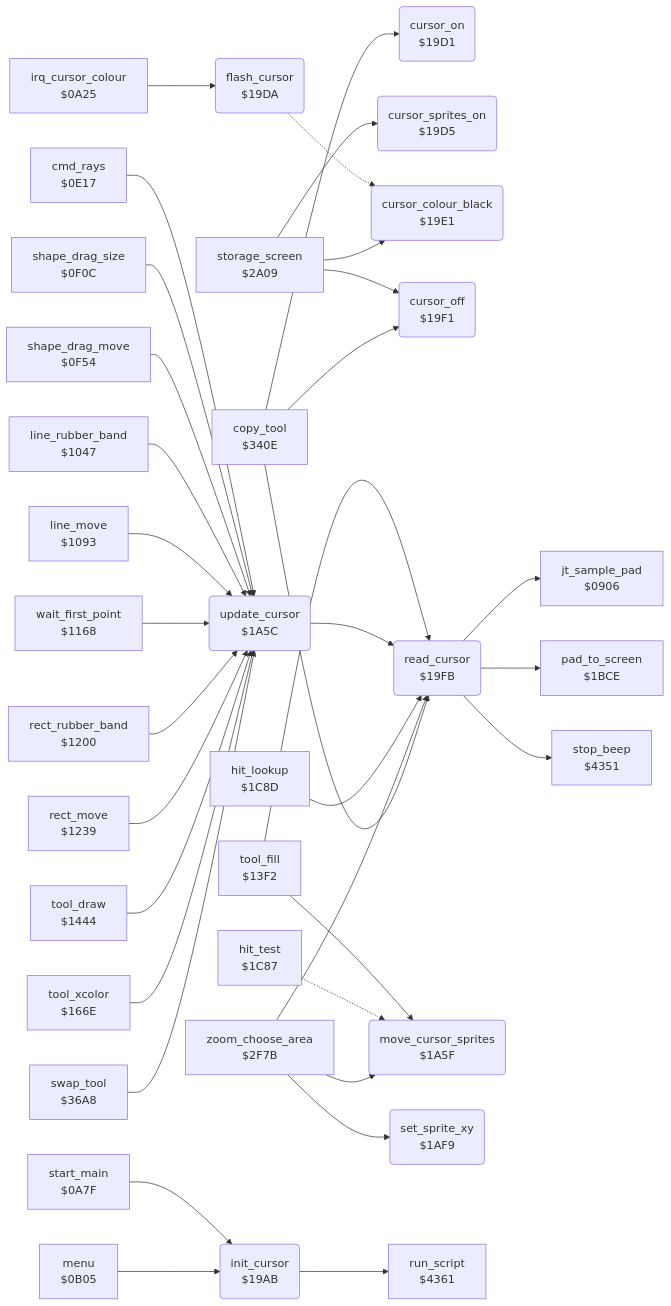
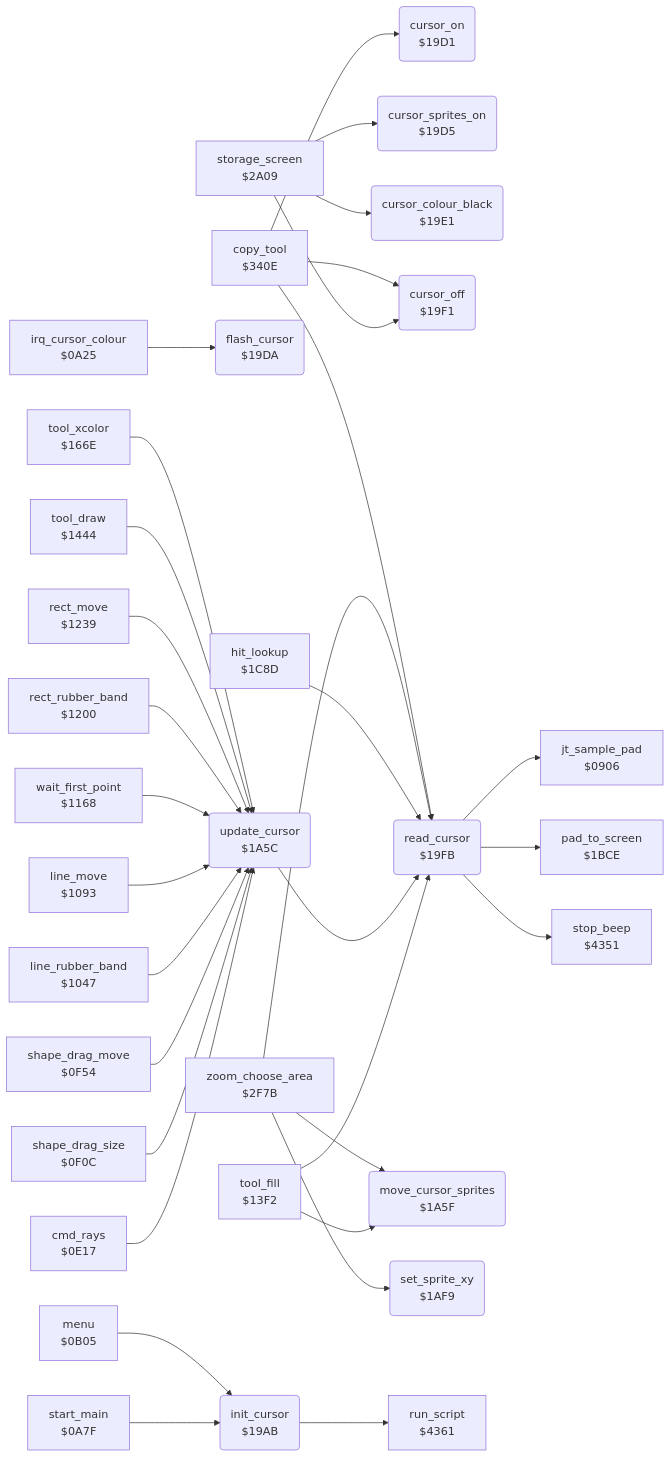
Before and after one commit to henols/c64_games: the diagram in koala_painter/v2/docs/reference/modules/input/cursor.md, drawn with Mermaid. The commit also changed other lines of this file and 1100 other files, not shown here.

````diff
--- a/koala_painter/v2/docs/reference/modules/input/cursor.md
+++ b/koala_painter/v2/docs/reference/modules/input/cursor.md
@@ -10,70 +27,65 @@
 ```mermaid
 flowchart LR
   n0906["jt_sample_pad<br/>$0906"]
   n0a25["irq_cursor_colour<br/>$0A25"]
   n0a7f["start_main<br/>$0A7F"]
   n0b05["menu<br/>$0B05"]
   n0e17["cmd_rays<br/>$0E17"]
   n0f0c["shape_drag_size<br/>$0F0C"]
   n0f54["shape_drag_move<br/>$0F54"]
   n1047["line_rubber_band<br/>$1047"]
   n1093["line_move<br/>$1093"]
   n1168["wait_first_point<br/>$1168"]
   n1200["rect_rubber_band<br/>$1200"]
   n1239["rect_move<br/>$1239"]
   n13f2["tool_fill<br/>$13F2"]
   n1444["tool_draw<br/>$1444"]
   n166e["tool_xcolor<br/>$166E"]
   n19ab("init_cursor<br/>$19AB")
   n19d1("cursor_on<br/>$19D1")
   n19d5("cursor_sprites_on<br/>$19D5")
   n19da("flash_cursor<br/>$19DA")
   n19e1("cursor_colour_black<br/>$19E1")
   n19f1("cursor_off<br/>$19F1")
   n19fb("read_cursor<br/>$19FB")
   n1a5c("update_cursor<br/>$1A5C")
   n1a5f("move_cursor_sprites<br/>$1A5F")
   n1af9("set_sprite_xy<br/>$1AF9")
   n1bce["pad_to_screen<br/>$1BCE"]
-  n1c87["hit_test<br/>$1C87"]
   n1c8d["hit_lookup<br/>$1C8D"]
   n2a09["storage_screen<br/>$2A09"]
   n2f7b["zoom_choose_area<br/>$2F7B"]
   n340e["copy_tool<br/>$340E"]
-  n36a8["swap_tool<br/>$36A8"]
   n4351["stop_beep<br/>$4351"]
   n4361["run_script<br/>$4361"]
   n0a25 --> n19da
   n0a7f --> n19ab
   n0b05 --> n19ab
   n0e17 --> n1a5c
   n0f0c --> n1a5c
   n0f54 --> n1a5c
   n1047 --> n1a5c
   n1093 --> n1a5c
   n1168 --> n1a5c
   n1200 --> n1a5c
   n1239 --> n1a5c
   n13f2 --> n19fb
   n13f2 --> n1a5f
   n1444 --> n1a5c
   n166e --> n1a5c
   n19ab --> n4361
-  n19da -.-> n19e1
   n19fb --> n0906
   n19fb --> n1bce
   n19fb --> n4351
   n1a5c --> n19fb
-  n1c87 -.-> n1a5f
   n1c8d --> n19fb
   n2a09 --> n19d5
   n2a09 --> n19e1
   n2a09 --> n19f1
   n2f7b --> n19fb
   n2f7b --> n1a5f
   n2f7b --> n1af9
   n340e --> n19d1
   n340e --> n19f1
   n340e --> n19fb
-  n36a8 --> n1a5c
 ```
````
